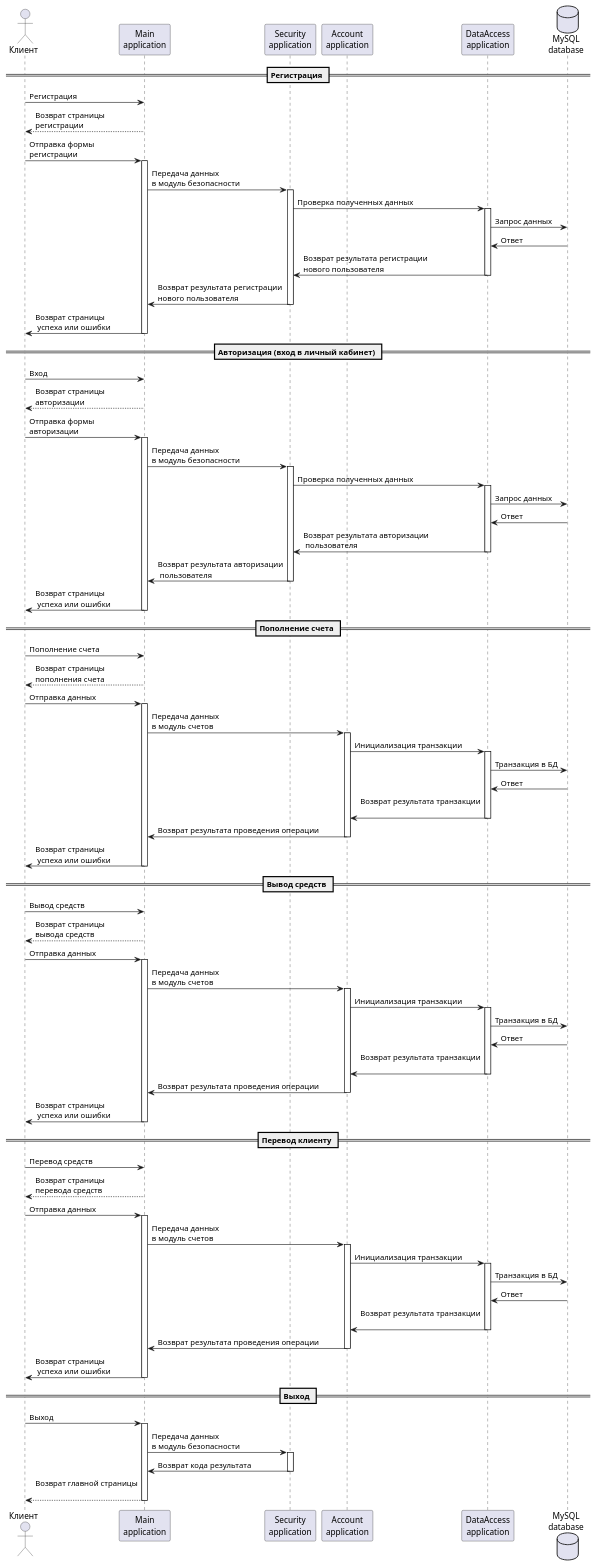
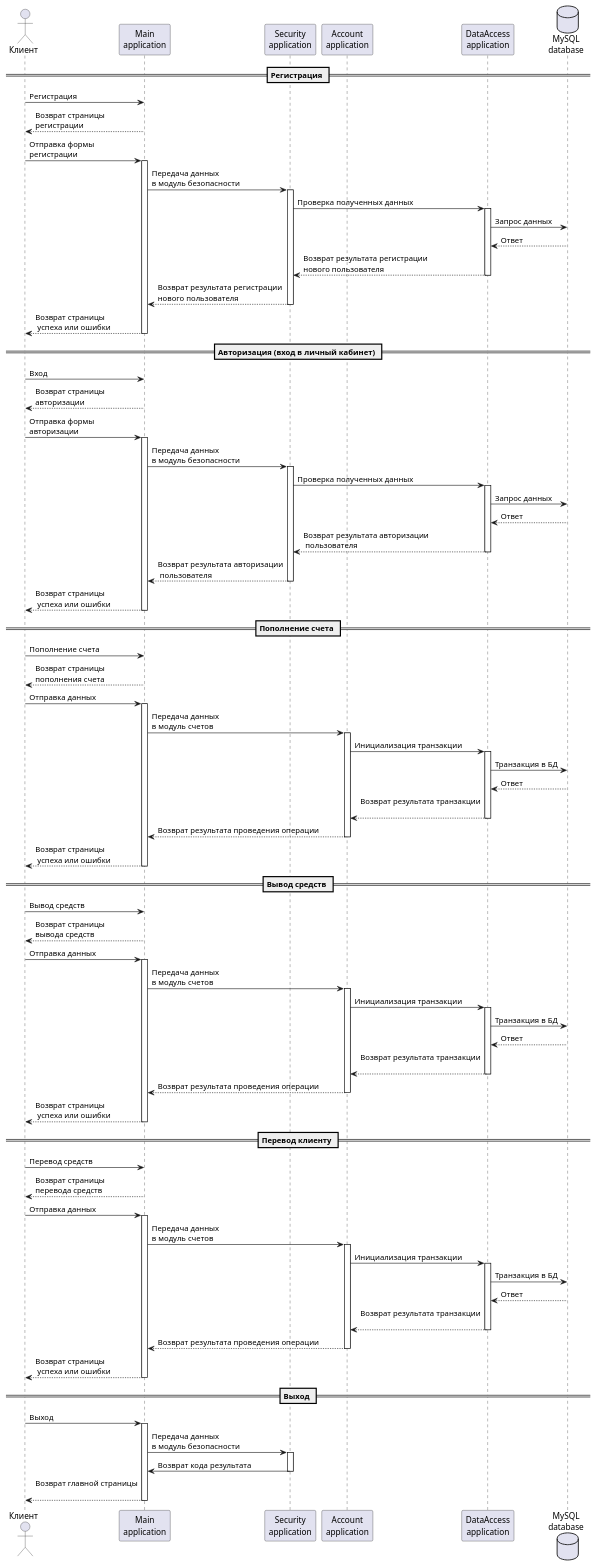
Before and after one commit to Dartya/SberMiniBank: the diagram in docs/ru.sber.alex.minibank/design/uml/sequence/Sequence.puml, drawn with PlantUML. The commit also changed 18 other files, not shown here.

Commit message:
Создана диаграмма последовательностей; Созданы ДТО, Сущности БД с аннотациями гибернейт; настроено приложение с одним контроллером и вьюхой без бизнес-логики, маппинг на одни метод /greeting; создан конфиг докера

```diff
--- a/docs/ru.sber.alex.minibank/design/uml/sequence/Sequence.puml
+++ b/docs/ru.sber.alex.minibank/design/uml/sequence/Sequence.puml
@@ -1,120 +1,120 @@
 @startuml
 actor Клиент
 participant "Main\napplication" as ma
 participant "Security\napplication" as sa
 participant "Account\napplication" as aa
 participant "DataAccess\napplication" as da
 database "MySQL\ndatabase" as db
 
 == Регистрация ==
 Клиент -> ma: Регистрация
 ma --> Клиент: Возврат страницы\nрегистрации
 Клиент -> ma: Отправка формы\nрегистрации
 
 activate ma
 ma -> sa: Передача данных\nв модуль безопасности
 activate sa
 sa -> da: Проверка полученных данных
 activate da
 da -> db: Запрос данных
-db -> da: Ответ
-da -> sa: Возврат результата регистрации\nнового пользователя
+db --> da: Ответ
+da --> sa: Возврат результата регистрации\nнового пользователя
 deactivate da
-sa -> ma: Возврат результата регистрации\nнового пользователя
+sa --> ma: Возврат результата регистрации\nнового пользователя
 deactivate sa
-ma -> Клиент: Возврат страницы\n успеха или ошибки
+ma --> Клиент: Возврат страницы\n успеха или ошибки
 deactivate ma
 
 == Авторизация (вход в личный кабинет) ==
 
 Клиент -> ma: Вход
 ma --> Клиент: Возврат страницы\nавторизации
 Клиент -> ma: Отправка формы\nавторизации
 
 activate ma
 ma -> sa: Передача данных\nв модуль безопасности
 activate sa
 sa -> da: Проверка полученных данных
 activate da
 da -> db: Запрос данных
-db -> da: Ответ
-da -> sa: Возврат результата авторизации\n пользователя
+db --> da: Ответ
+da --> sa: Возврат результата авторизации\n пользователя
 deactivate da
-sa -> ma: Возврат результата авторизации\n пользователя
+sa --> ma: Возврат результата авторизации\n пользователя
 deactivate sa
-ma -> Клиент: Возврат страницы\n успеха или ошибки
+ma --> Клиент: Возврат страницы\n успеха или ошибки
 deactivate ma
 
 == Пополнение счета ==
 
 Клиент -> ma: Пополнение счета
 ma --> Клиент: Возврат страницы\nпополнения счета
 Клиент -> ma: Отправка данных
 
 activate ma
 ma -> aa: Передача данных\nв модуль счетов
 activate aa
 aa -> da: Инициализация транзакции
 activate da
 da -> db: Транзакция в БД
-db -> da: Ответ
-da -> aa: Возврат результата транзакции\n
+db --> da: Ответ
+da --> aa: Возврат результата транзакции\n
 deactivate da
-aa -> ma: Возврат результата проведения операции
+aa --> ma: Возврат результата проведения операции
 deactivate aa
-ma -> Клиент: Возврат страницы\n успеха или ошибки
+ma --> Клиент: Возврат страницы\n успеха или ошибки
 deactivate ma
 
 == Вывод средств ==
 
 Клиент -> ma: Вывод средств
 ma --> Клиент: Возврат страницы\nвывода средств
 Клиент -> ma: Отправка данных
 
 activate ma
 ma -> aa: Передача данных\nв модуль счетов
 activate aa
 aa -> da: Инициализация транзакции
 activate da
 da -> db: Транзакция в БД
-db -> da: Ответ
-da -> aa: Возврат результата транзакции\n
+db --> da: Ответ
+da --> aa: Возврат результата транзакции\n
 deactivate da
-aa -> ma: Возврат результата проведения операции
+aa --> ma: Возврат результата проведения операции
 deactivate aa
-ma -> Клиент: Возврат страницы\n успеха или ошибки
+ma --> Клиент: Возврат страницы\n успеха или ошибки
 deactivate ma
 
 == Перевод клиенту ==
 
 Клиент -> ma: Перевод средств
 ma --> Клиент: Возврат страницы\nперевода средств
 Клиент -> ma: Отправка данных
 
 activate ma
 ma -> aa: Передача данных\nв модуль счетов
 activate aa
 aa -> da: Инициализация транзакции
 activate da
 da -> db: Транзакция в БД
-db -> da: Ответ
-da -> aa: Возврат результата транзакции\n
+db --> da: Ответ
+da --> aa: Возврат результата транзакции\n
 deactivate da
-aa -> ma: Возврат результата проведения операции
+aa --> ma: Возврат результата проведения операции
 deactivate aa
-ma -> Клиент: Возврат страницы\n успеха или ошибки
+ma --> Клиент: Возврат страницы\n успеха или ошибки
 deactivate ma
 
 == Выход ==
 
 Клиент -> ma: Выход
 
 activate ma
 ma -> sa: Передача данных\nв модуль безопасности
 activate sa
 sa -> ma: Возврат кода результата
 deactivate sa
 ma --> Клиент: Возврат главной страницы\n
 deactivate ma
 
 @enduml
```
